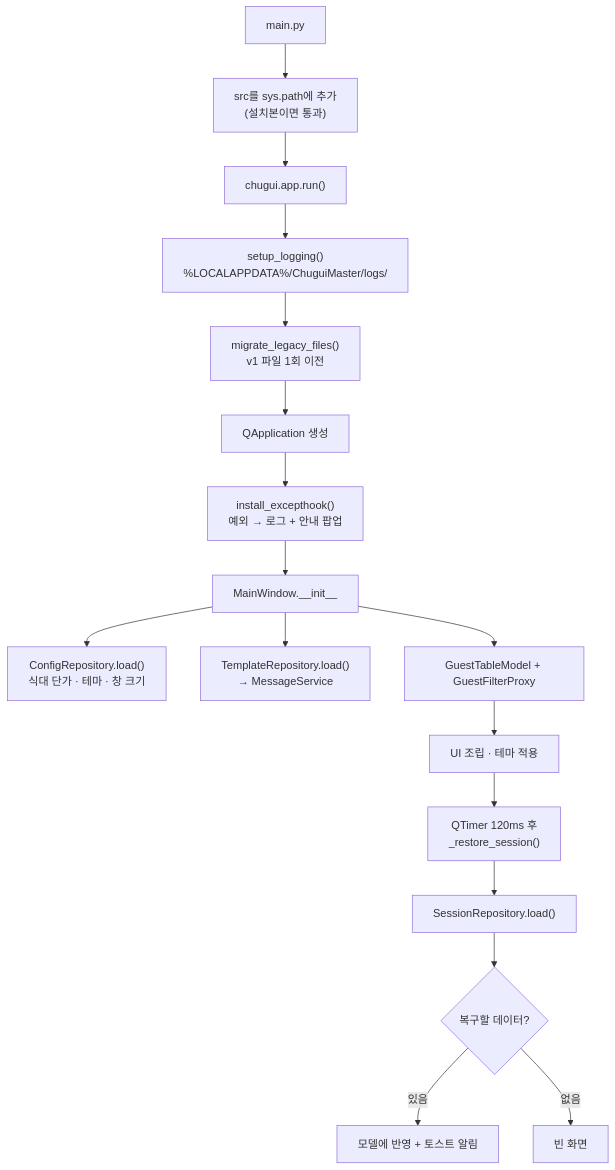
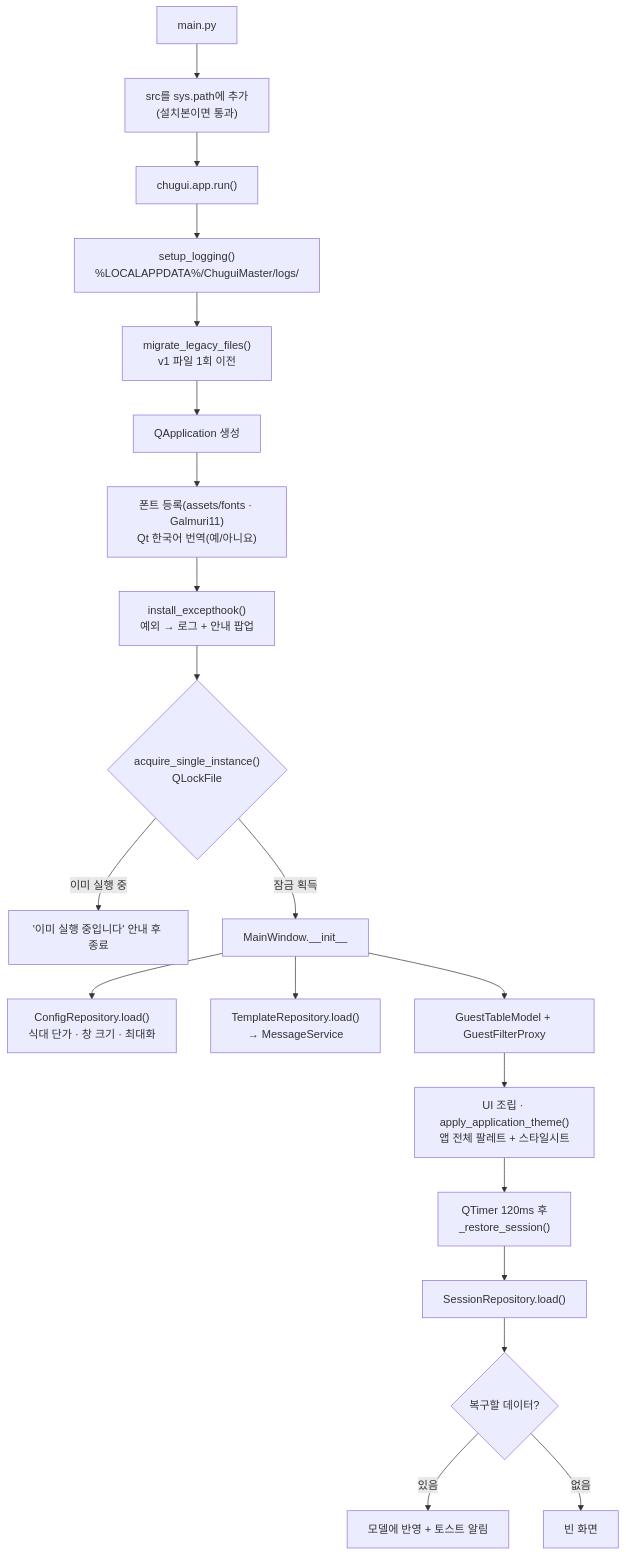
Before and after one commit to gatsjy/ChuguiMaster: the first of 12 diagrams in FLOW.md, drawn with Mermaid. The commit also changed other lines of this file, not shown here.

First line of the commit message:
docs(flow): Record v2.2 behaviour changes

````diff
--- a/FLOW.md
+++ b/FLOW.md
@@ -40,19 +41,22 @@
 ```mermaid
 flowchart TD
     A["main.py"] --> B["src를 sys.path에 추가<br/>(설치본이면 통과)"]
     B --> C["chugui.app.run()"]
     C --> D["setup_logging()<br/>%LOCALAPPDATA%/ChuguiMaster/logs/"]
     D --> E["migrate_legacy_files()<br/>v1 파일 1회 이전"]
     E --> F["QApplication 생성"]
-    F --> G["install_excepthook()<br/>예외 → 로그 + 안내 팝업"]
-    G --> H["MainWindow.__init__"]
-    H --> I["ConfigRepository.load()<br/>식대 단가 · 테마 · 창 크기"]
+    F --> F1["폰트 등록(assets/fonts · Galmuri11)<br/>Qt 한국어 번역(예/아니요)"]
+    F1 --> G["install_excepthook()<br/>예외 → 로그 + 안내 팝업"]
+    G --> G1{"acquire_single_instance()<br/>QLockFile"}
+    G1 -- "이미 실행 중" --> G2["'이미 실행 중입니다' 안내 후 종료"]
+    G1 -- 잠금 획득 --> H["MainWindow.__init__"]
+    H --> I["ConfigRepository.load()<br/>식대 단가 · 창 크기 · 최대화"]
     H --> J["TemplateRepository.load()<br/>→ MessageService"]
     H --> K["GuestTableModel + GuestFilterProxy"]
-    K --> L["UI 조립 · 테마 적용"]
+    K --> L["UI 조립 · apply_application_theme()<br/>앱 전체 팔레트 + 스타일시트"]
     L --> M["QTimer 120ms 후<br/>_restore_session()"]
     M --> N["SessionRepository.load()"]
     N --> O{"복구할 데이터?"}
     O -- 있음 --> P["모델에 반영 + 토스트 알림"]
     O -- 없음 --> Q["빈 화면"]
 ```
````
